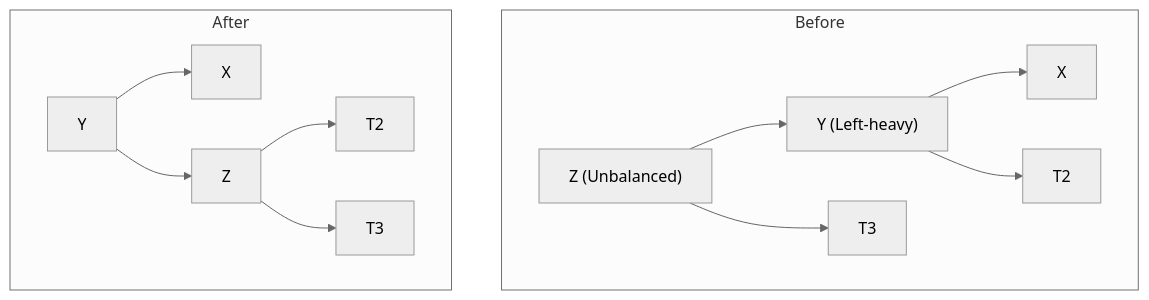
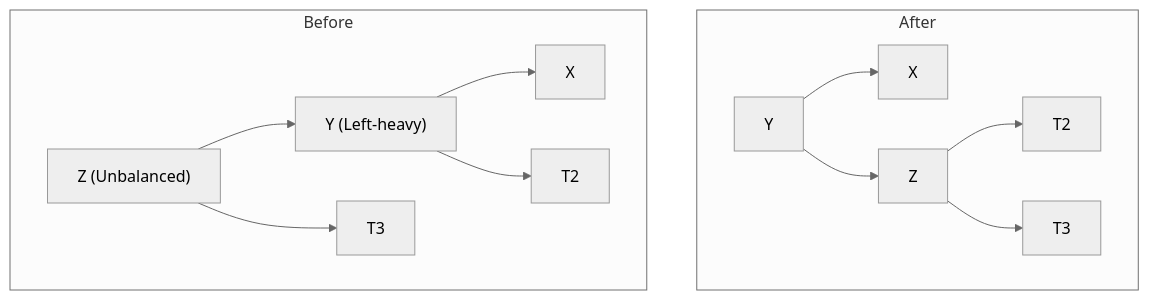
The first of 4 diagrams in _posts/Algo/trees/2025-01-20-avl-tree.md (nitinkc/nitinkc.github.io), drawn with Mermaid (neutral theme) before and after one commit. The commit also changed other lines of this file, not shown here.

````diff
--- a/_posts/Algo/trees/2025-01-20-avl-tree.md
+++ b/_posts/Algo/trees/2025-01-20-avl-tree.md
@@ -12,18 +12,18 @@
 ```mermaid!
 graph TD
+    subgraph After
+        F["Y"]
+        F --> G["X"]
+        F --> H["Z"]
+        H --> I["T2"]
+        H --> J["T3"]
+    end
+    
     subgraph Before
         A["Z (Unbalanced)"]
         A --> B["Y (Left-heavy)"]
         A --> C["T3"]
         B --> D["X"]
         B --> E["T2"]
     end
-
-    subgraph After
-        F["Y"]
-        F --> G["X"]
-        F --> H["Z"]
-        H --> I["T2"]
-        H --> J["T3"]
-    end
 ```
````
